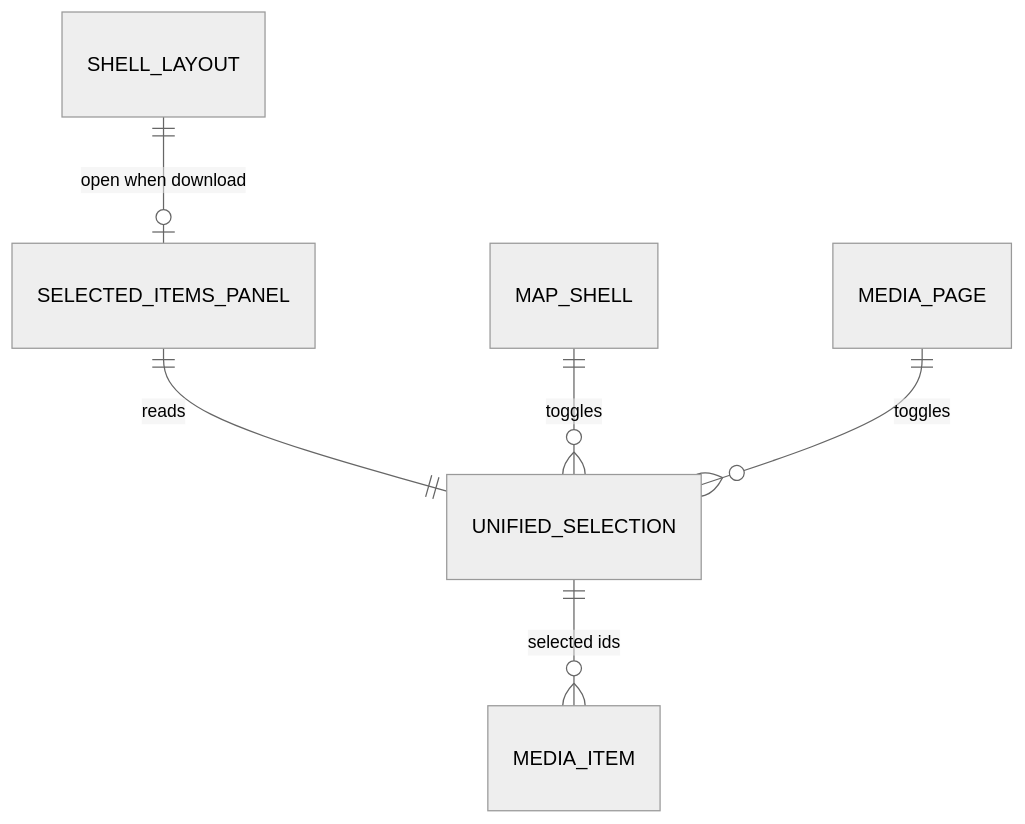
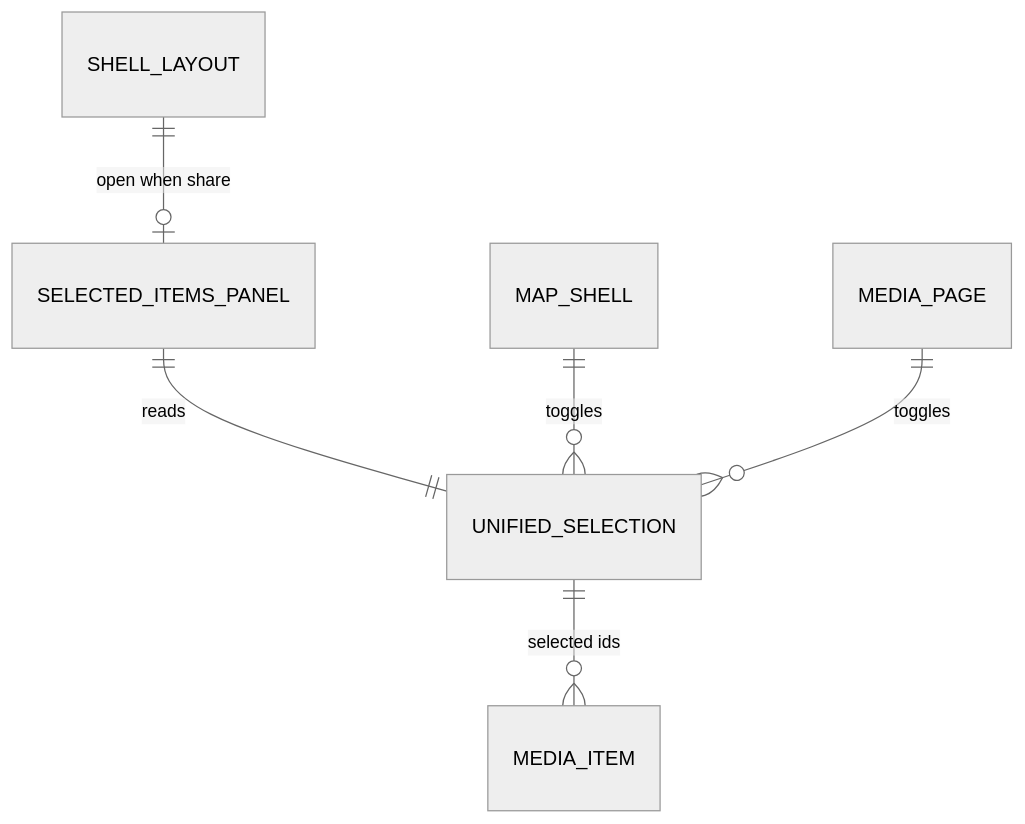
One commit to matkleve/feldpost changed the first of 2 diagrams in docs/specs/ui/shell/selected-items-panel.md. Above: the diagram before and after it, drawn with Mermaid (neutral theme). The commit also changed other lines of this file and 19 other files, not shown here.

First line of the commit message:
refactor: name the handoff panel share

````diff
--- a/docs/specs/ui/shell/selected-items-panel.md
+++ b/docs/specs/ui/shell/selected-items-panel.md
@@ -82,8 +83,8 @@
 ```mermaid
 erDiagram
   UNIFIED_SELECTION ||--o{ MEDIA_ITEM : "selected ids"
   SELECTED_ITEMS_PANEL ||--|| UNIFIED_SELECTION : reads
-  SHELL_LAYOUT ||--o| SELECTED_ITEMS_PANEL : "open when download"
+  SHELL_LAYOUT ||--o| SELECTED_ITEMS_PANEL : "open when share"
   MAP_SHELL ||--o{ UNIFIED_SELECTION : toggles
   MEDIA_PAGE ||--o{ UNIFIED_SELECTION : toggles
 ```
````
